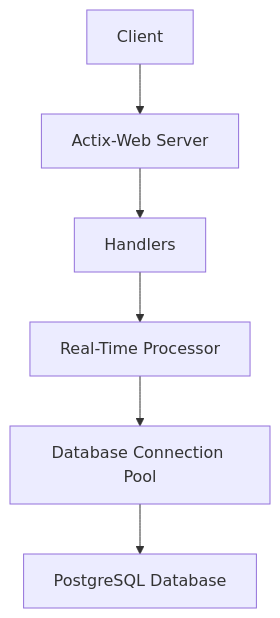
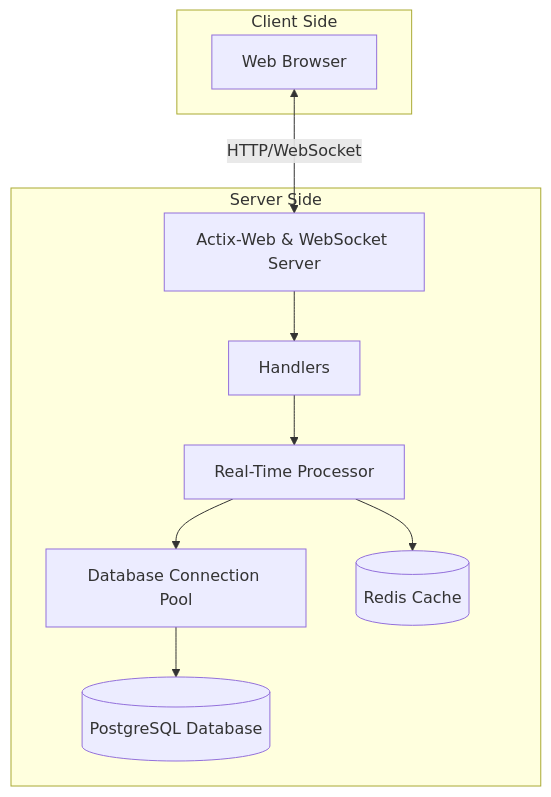
Before and after one commit to JtPerez-Acle/rust_market: the diagram in README.md, drawn with Mermaid. The commit also changed other lines of this file and 2 other files, not shown here.

````diff
--- a/README.md
+++ b/README.md
@@ -31,8 +103,20 @@
 ```mermaid
 flowchart TD
-    A[Client] --> B[Actix-Web Server]
-    B --> C[Handlers]
-    C --> D[Real-Time Processor]
-    D --> E[Database Connection Pool]
-    E --> F[PostgreSQL Database]
+    subgraph Client Side
+        A[Web Browser]
+    end
+    subgraph Server Side
+        B[Actix-Web & WebSocket Server]
+        C[Handlers]
+        D[Real-Time Processor]
+        E[Database Connection Pool]
+        F[(PostgreSQL Database)]
+        G[(Redis Cache)]
+    end
+    A <-->|HTTP/WebSocket| B
+    B --> C
+    C --> D
+    D --> E
+    E --> F
+    D --> G
 ```
````
